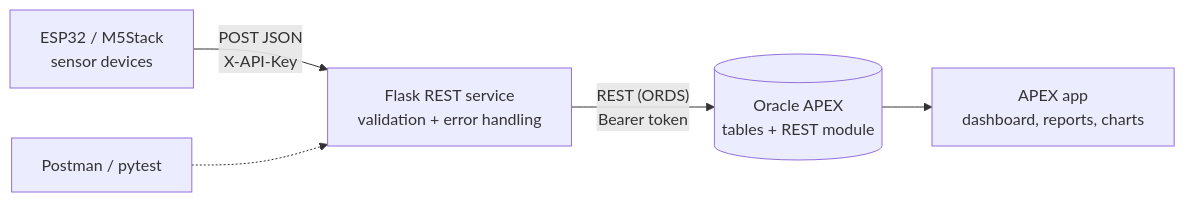
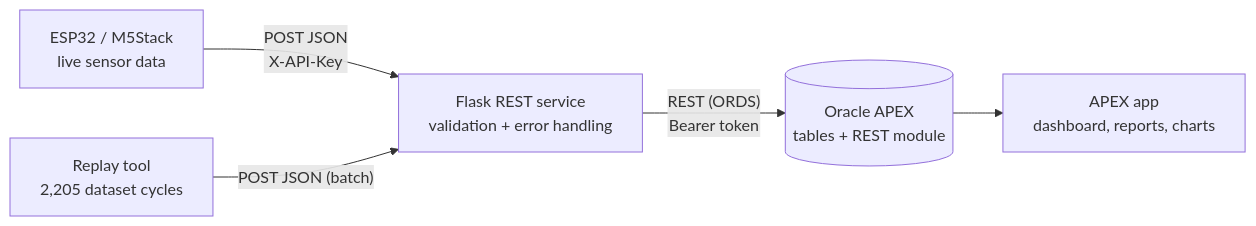
One commit to Jatin1Mathur/lowcode-sensor-platform changed the diagram in README.md. Above: the diagram before and after it, drawn with Mermaid. The commit also changed other lines of this file, not shown here.

First line of the commit message:
Improve README: sensor list, data source, status codes, testing

````diff
--- a/README.md
+++ b/README.md
@@ -17,7 +46,7 @@
 ```mermaid
 flowchart LR
-    A[ESP32 / M5Stack<br/>sensor devices] -- "POST JSON<br/>X-API-Key" --> B[Flask REST service<br/>validation + error handling]
-    B -- "REST (ORDS)<br/>Bearer token" --> C[(Oracle APEX<br/>tables + REST module)]
-    C --> D[APEX app<br/>dashboard, reports, charts]
-    E[Postman / pytest] -.-> B
+    A["ESP32 / M5Stack<br/>live sensor data"] -- "POST JSON<br/>X-API-Key" --> B
+    R["Replay tool<br/>2,205 dataset cycles"] -- "POST JSON (batch)" --> B
+    B["Flask REST service<br/>validation + error handling"] -- "REST (ORDS)<br/>Bearer token" --> C[("Oracle APEX<br/>tables + REST module")]
+    C --> D["APEX app<br/>dashboard, reports, charts"]
 ```
````
